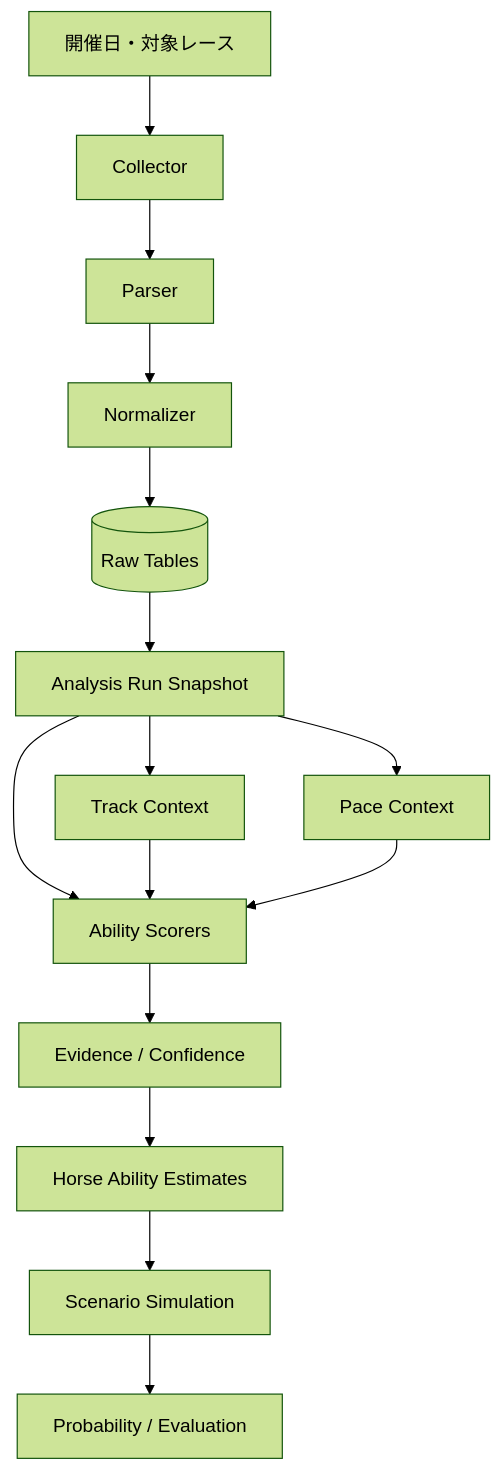
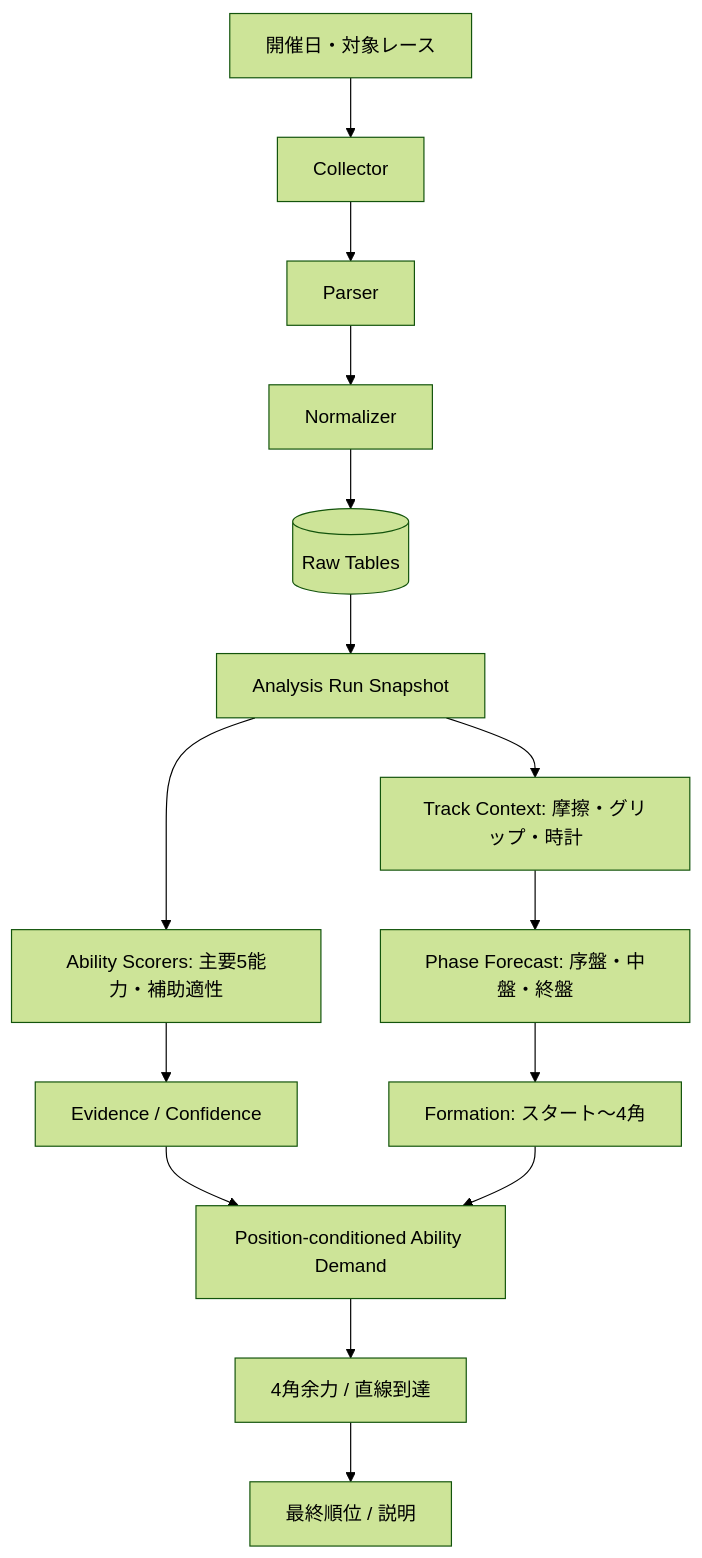
The diagram in docs/architecture.md (ItouHinata/keiba-analyzer-public), drawn with Mermaid (forest theme) before and after one commit. The commit also changed other lines of this file and 7 other files, not shown here.

Commit message:
Update public portfolio to current prediction architecture

````diff
--- a/docs/architecture.md
+++ b/docs/architecture.md
@@ -5,17 +5,17 @@
 ```mermaid
 flowchart TD
     A[開催日・対象レース] --> B[Collector]
     B --> C[Parser]
     C --> D[Normalizer]
     D --> E[(Raw Tables)]
     E --> F[Analysis Run Snapshot]
-    F --> G[Track Context]
-    F --> H[Pace Context]
-    F --> I[Ability Scorers]
-    G --> I
-    H --> I
-    I --> J[Evidence / Confidence]
-    J --> K[Horse Ability Estimates]
-    K --> L[Scenario Simulation]
-    L --> M[Probability / Evaluation]
+    F --> G[Track Context: 摩擦・グリップ・時計]
+    F --> H[Ability Scorers: 主要5能力・補助適性]
+    G --> I[Phase Forecast: 序盤・中盤・終盤]
+    H --> J[Evidence / Confidence]
+    I --> K[Formation: スタート〜4角]
+    J --> L[Position-conditioned Ability Demand]
+    K --> L
+    L --> M[4角余力 / 直線到達]
+    M --> N[最終順位 / 説明]
 ```
````
